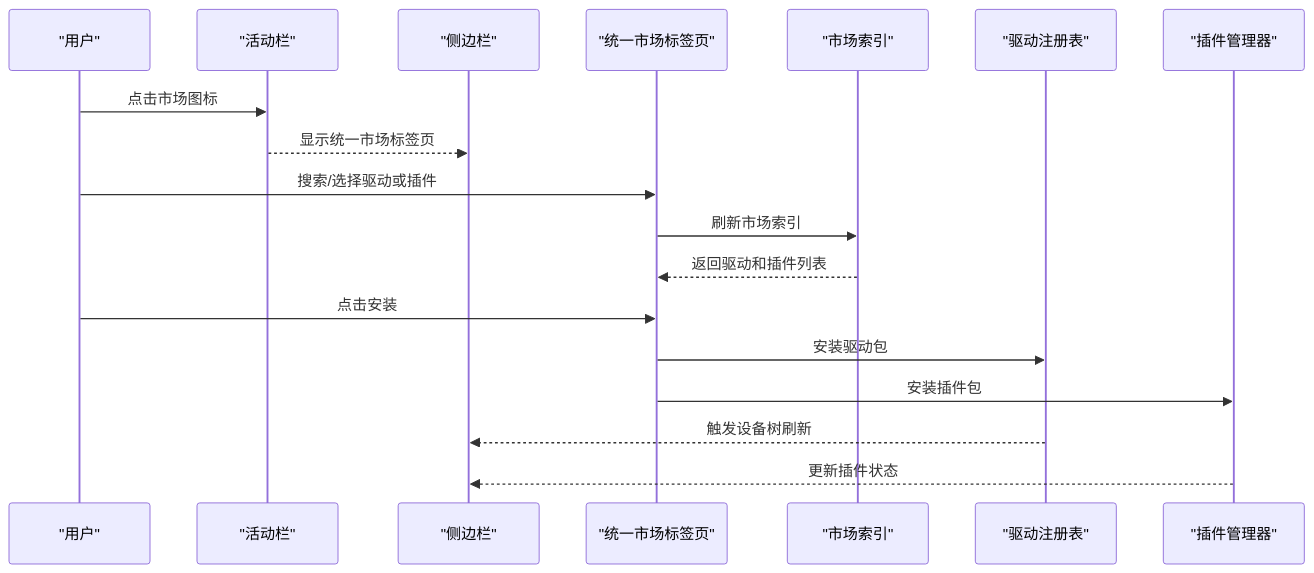
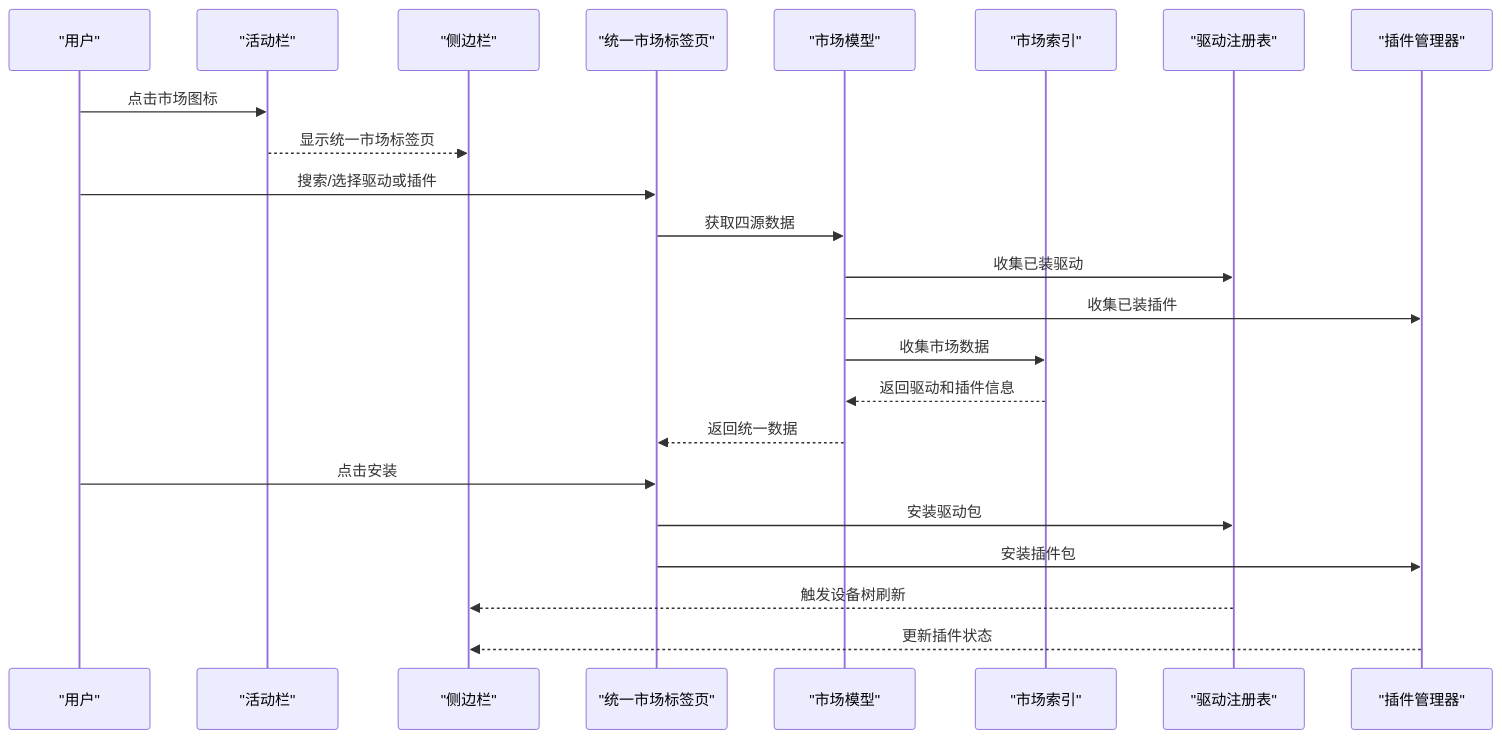
Before and after one commit to jakecai1225-design/OpenBus: the second of 12 diagrams in .qoder/repowiki/zh/content/架构设计/插件系统架构/扩展面板系统.md, drawn with Mermaid. The commit also changed other lines of this file and 67 other files, not shown here.

````diff
--- a/.qoder/repowiki/zh/content/架构设计/插件系统架构/扩展面板系统.md
+++ b/.qoder/repowiki/zh/content/架构设计/插件系统架构/扩展面板系统.md
@@ -152,20 +161,25 @@
 ```mermaid
 sequenceDiagram
 participant U as "用户"
 participant AB as "活动栏"
 participant SB as "侧边栏"
 participant MT as "统一市场标签页"
+participant MM as "市场模型"
 participant MI as "市场索引"
 participant DR as "驱动注册表"
 participant PM as "插件管理器"
 U->>AB : 点击市场图标
 AB-->>SB : 显示统一市场标签页
 U->>MT : 搜索/选择驱动或插件
-MT->>MI : 刷新市场索引
-MI-->>MT : 返回驱动和插件列表
+MT->>MM : 获取四源数据
+MM->>DR : 收集已装驱动
+MM->>PM : 收集已装插件
+MM->>MI : 收集市场数据
+MI-->>MM : 返回驱动和插件信息
+MM-->>MT : 返回统一数据
 U->>MT : 点击安装
 MT->>DR : 安装驱动包
 MT->>PM : 安装插件包
 DR-->>SB : 触发设备树刷新
 PM-->>SB : 更新插件状态
 ```
````
